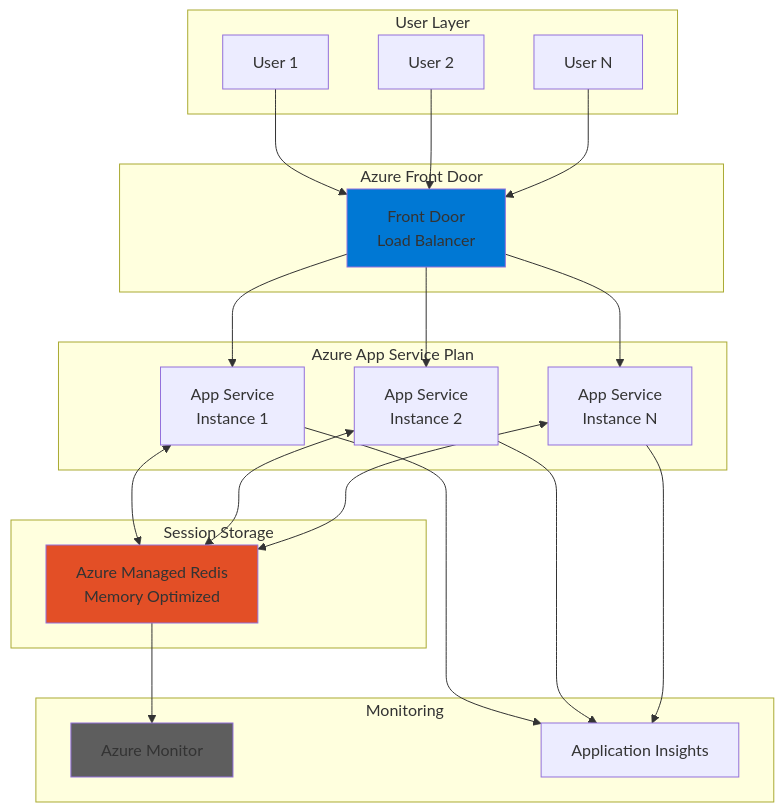
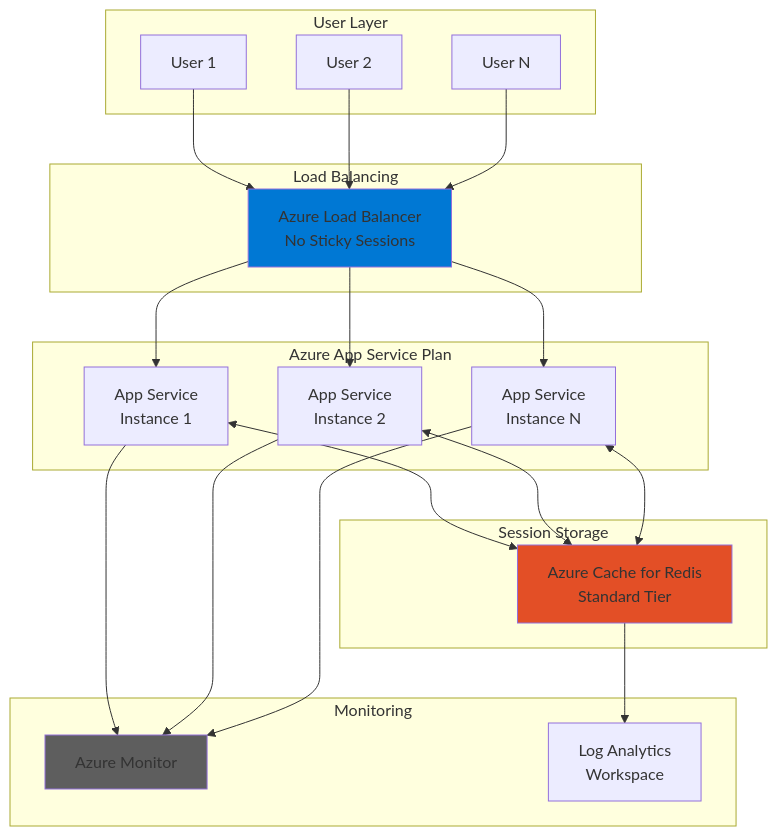
Before and after one commit to mzazon/awesome-cloud-projects: the diagram in azure/scalable-session-management-redis-app-service/scalable-session-management-redis-app-service.md, drawn with Mermaid. The commit also changed other lines of this file and 5581 other files, not shown here.

````diff
--- a/azure/scalable-session-management-redis-app-service/scalable-session-management-redis-app-service.md
+++ b/azure/scalable-session-management-redis-app-service/scalable-session-management-redis-app-service.md
@@ -30,37 +30,37 @@
 ```mermaid
 graph TB
     subgraph "User Layer"
         U1[User 1]
         U2[User 2]
         U3[User N]
     end
     
-    subgraph "Azure Front Door"
-        AFD[Front Door<br/>Load Balancer]
+    subgraph "Load Balancing"
+        LB[Azure Load Balancer<br/>No Sticky Sessions]
     end
     
     subgraph "Azure App Service Plan"
         AS1[App Service<br/>Instance 1]
         AS2[App Service<br/>Instance 2]
         AS3[App Service<br/>Instance N]
     end
     
     subgraph "Session Storage"
-        AMR[Azure Managed Redis<br/>Memory Optimized]
+        ACR[Azure Cache for Redis<br/>Standard Tier]
     end
     
     subgraph "Monitoring"
         AM[Azure Monitor]
-        AI[Application Insights]
+        LAW[Log Analytics<br/>Workspace]
     end
     
-    U1 & U2 & U3 --> AFD
-    AFD --> AS1 & AS2 & AS3
-    AS1 & AS2 & AS3 <--> AMR
-    AS1 & AS2 & AS3 --> AI
-    AMR --> AM
+    U1 & U2 & U3 --> LB
+    LB --> AS1 & AS2 & AS3
+    AS1 & AS2 & AS3 <--> ACR
+    AS1 & AS2 & AS3 --> AM
+    ACR --> LAW
     
-    style AMR fill:#E34F26
-    style AFD fill:#0078D4
+    style ACR fill:#E34F26
+    style LB fill:#0078D4
     style AM fill:#5E5E5E
 ```
````
